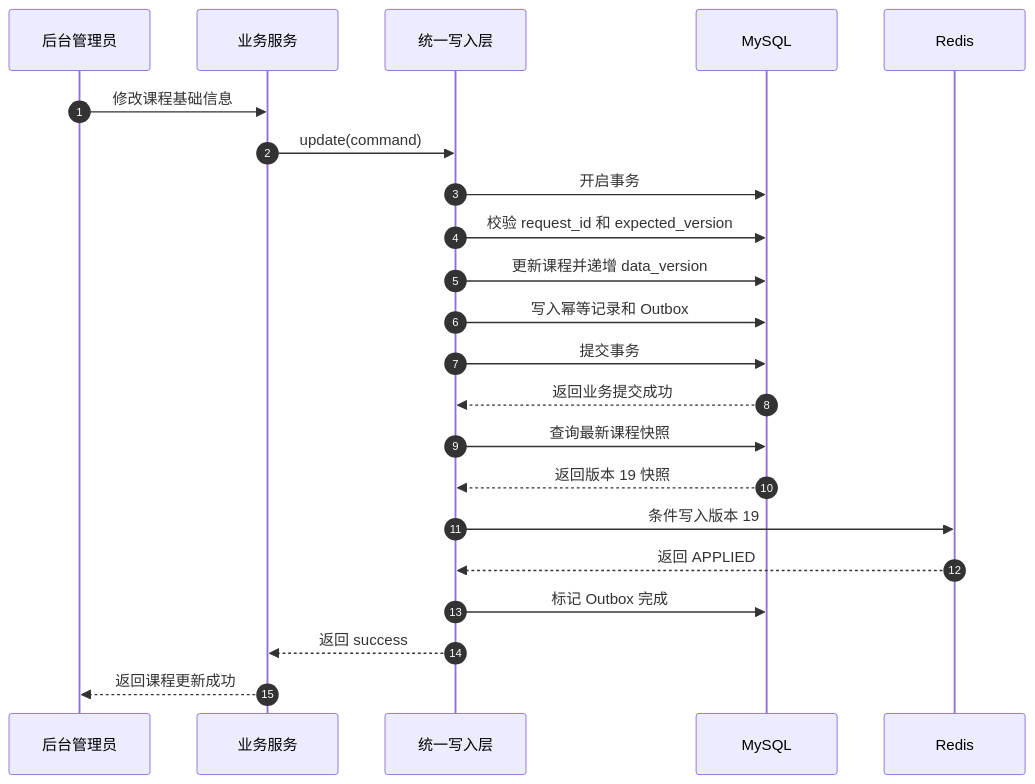
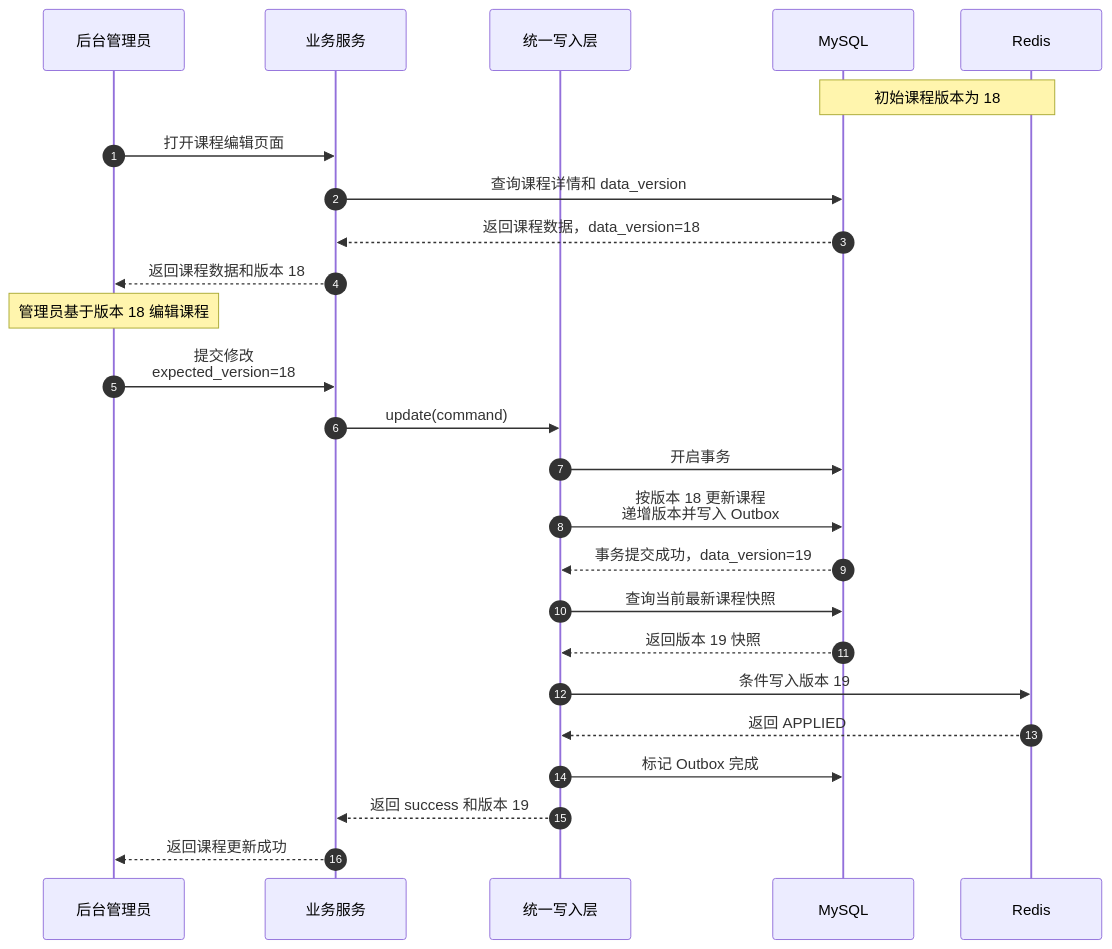
Before and after one commit to zdl20251023-pixel/agent-frame: diagram 18 of 28 in docs/redis/126-redis-4种缓存模式-分享版-极简版.md, drawn with Mermaid. The commit also changed other lines of this file, not shown here.

Commit message:
redis 四大缓存模式 简化版本  简化3.3

````diff
--- a/docs/redis/126-redis-4种缓存模式-分享版-极简版.md
+++ b/docs/redis/126-redis-4种缓存模式-分享版-极简版.md
@@ -770,29 +854,36 @@
 ```mermaid
 sequenceDiagram
     autonumber
+
     participant Admin as 后台管理员
     participant Service as 业务服务
     participant Store as 统一写入层
     participant MySQL as MySQL
     participant Redis as Redis
 
-    Admin->>Service: 修改课程基础信息
+    Note over MySQL,Redis: 初始课程版本为 18
+
+    Admin->>Service: 打开课程编辑页面
+    Service->>MySQL: 查询课程详情和 data_version
+    MySQL-->>Service: 返回课程数据，data_version=18
+    Service-->>Admin: 返回课程数据和版本 18
+
+    Note over Admin: 管理员基于版本 18 编辑课程
+
+    Admin->>Service: 提交修改<br/>expected_version=18
     Service->>Store: update(command)
 
     Store->>MySQL: 开启事务
-    Store->>MySQL: 校验 request_id 和 expected_version
-    Store->>MySQL: 更新课程并递增 data_version
-    Store->>MySQL: 写入幂等记录和 Outbox
-    Store->>MySQL: 提交事务
-    MySQL-->>Store: 返回业务提交成功
+    Store->>MySQL: 按版本 18 更新课程<br/>递增版本并写入 Outbox
+    MySQL-->>Store: 事务提交成功，data_version=19
 
-    Store->>MySQL: 查询最新课程快照
+    Store->>MySQL: 查询当前最新课程快照
     MySQL-->>Store: 返回版本 19 快照
 
     Store->>Redis: 条件写入版本 19
     Redis-->>Store: 返回 APPLIED
 
     Store->>MySQL: 标记 Outbox 完成
-    Store-->>Service: 返回 success
+    Store-->>Service: 返回 success 和版本 19
     Service-->>Admin: 返回课程更新成功
 ```
````
